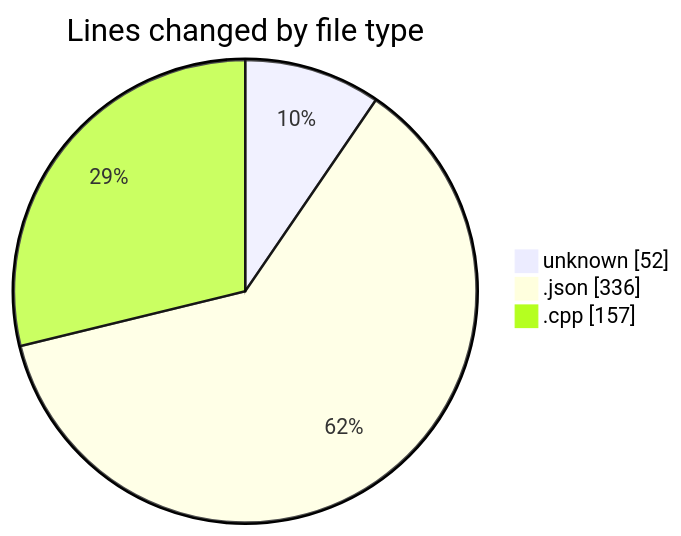
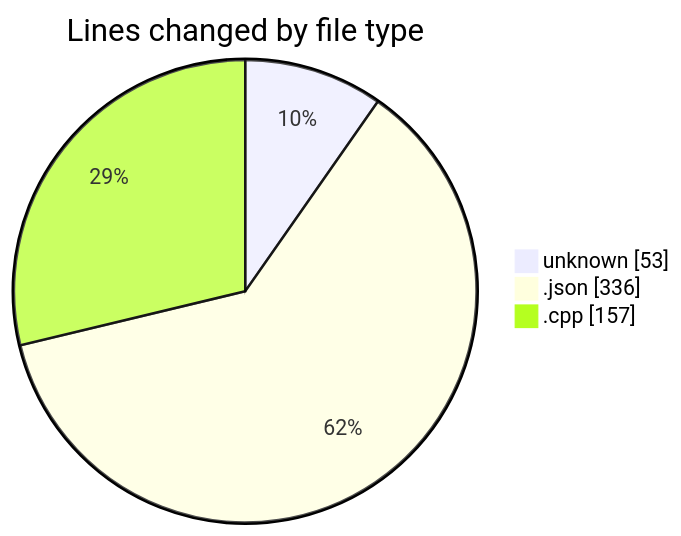
The first of 2 diagrams in 2025-03-26/echo/README.md (Netris89/code-tracking), drawn with Mermaid before and after one commit. The commit also changed other lines of this file and 1 other file, not shown here.

````diff
--- a/2025-03-26/echo/README.md
+++ b/2025-03-26/echo/README.md
@@ -24,7 +24,7 @@
 ```mermaid
 pie showData
 title Lines changed by file type
-"unknown" : 52
+"unknown" : 53
 ".json" : 336
 ".cpp" : 157
 ```
````
